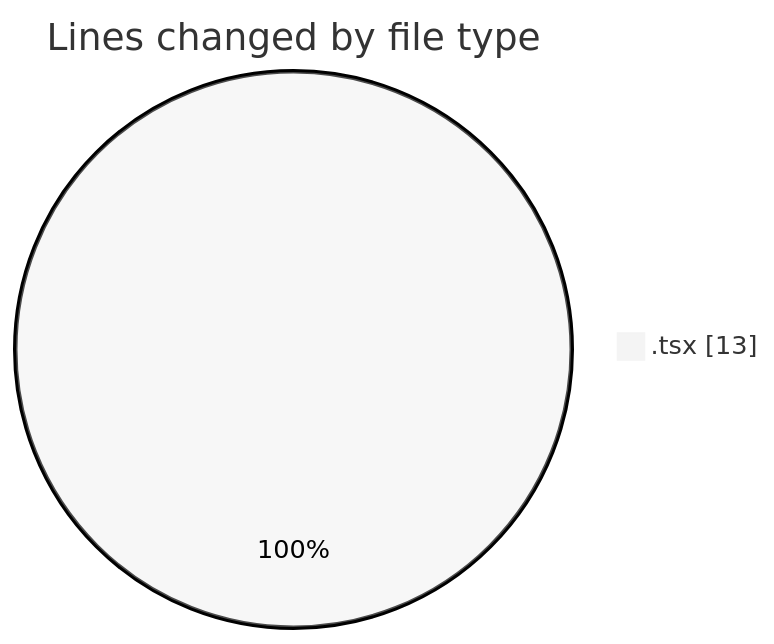
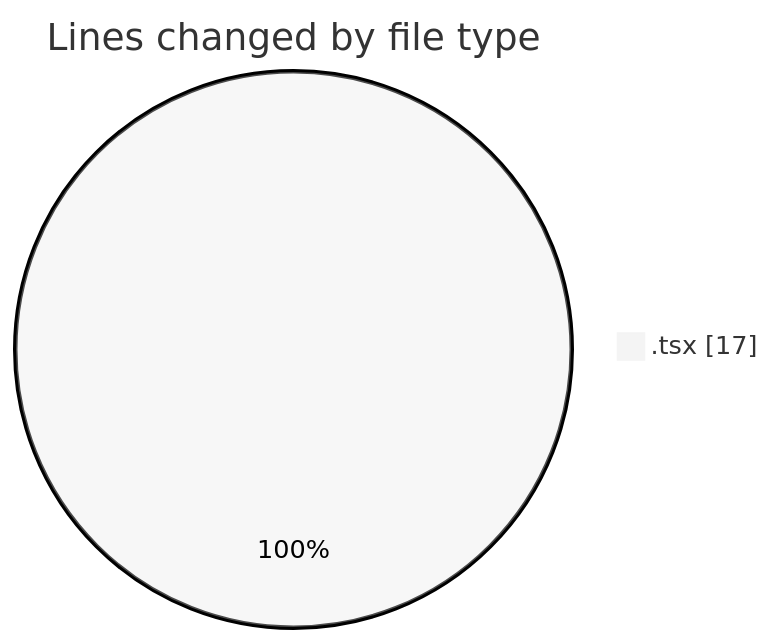
One commit to julien-gomy/code-tracking changed the first of 2 diagrams in 2025-10-10/eventscop-frontend-guide__workspace_/README.md. Above: the diagram before and after it, drawn with Mermaid (neutral theme). The commit also changed other lines of this file and 1 other file, not shown here.

````diff
--- a/2025-10-10/eventscop-frontend-guide__workspace_/README.md
+++ b/2025-10-10/eventscop-frontend-guide__workspace_/README.md
@@ -20,5 +20,5 @@
 ```mermaid
 pie showData
 title Lines changed by file type
-".tsx" : 13
+".tsx" : 17
 ```
````
